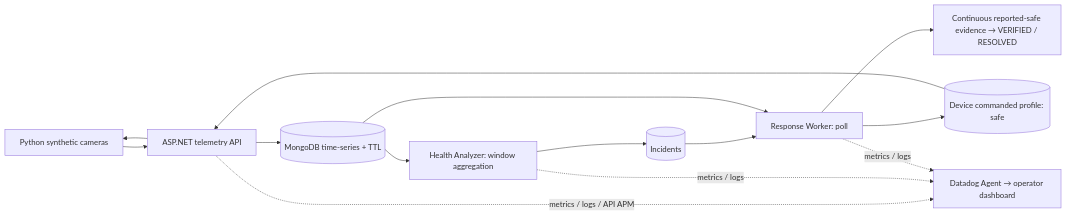
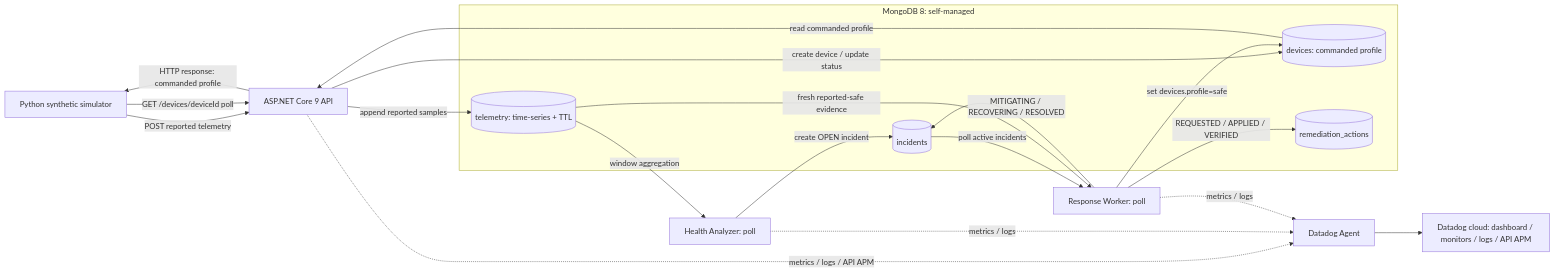
Before and after one commit to thtcsec/signal404-edgeguard-ops: the diagram in README.md, drawn with Mermaid. The commit also changed other lines of this file and 19 other files, not shown here.

````diff
--- a/README.md
+++ b/README.md
@@ -11,16 +11,26 @@
 ```mermaid
 flowchart LR
-    S[Python synthetic cameras] --> A[ASP.NET telemetry API]
-    A --> M[(MongoDB time-series + TTL)]
-    M --> H[Health Analyzer: window aggregation]
-    H --> I[(Incidents)]
-    I --> W[Response Worker: poll]
-    W --> D[(Device commanded profile: safe)]
-    D --> A
-    A --> S
-    M --> W
-    W --> R[Continuous reported-safe evidence → VERIFIED / RESOLVED]
-    A -. metrics / logs / API APM .-> DD[Datadog Agent → operator dashboard]
-    H -. metrics / logs .-> DD
-    W -. metrics / logs .-> DD
+    S[Python synthetic simulator] -->|POST reported telemetry| A[ASP.NET Core 9 API]
+    S -->|GET /devices/deviceId poll| A
+    A -->|HTTP response: commanded profile| S
+    subgraph DB[MongoDB 8: self-managed]
+        T[(telemetry: time-series + TTL)]
+        D[(devices: commanded profile)]
+        I[(incidents)]
+        R[(remediation_actions)]
+    end
+    A -->|append reported samples| T
+    A -->|create device / update status| D
+    D -->|read commanded profile| A
+    T -->|window aggregation| H[Health Analyzer: poll]
+    H -->|create OPEN incident| I
+    I -->|poll active incidents| W[Response Worker: poll]
+    W -->|set devices.profile=safe| D
+    T -->|fresh reported-safe evidence| W
+    W -->|REQUESTED / APPLIED / VERIFIED| R
+    W -->|MITIGATING / RECOVERING / RESOLVED| I
+    A -. metrics / logs / API APM .-> DG[Datadog Agent]
+    H -. metrics / logs .-> DG
+    W -. metrics / logs .-> DG
+    DG --> DD[Datadog cloud: dashboard / monitors / logs / API APM]
 ```
````
